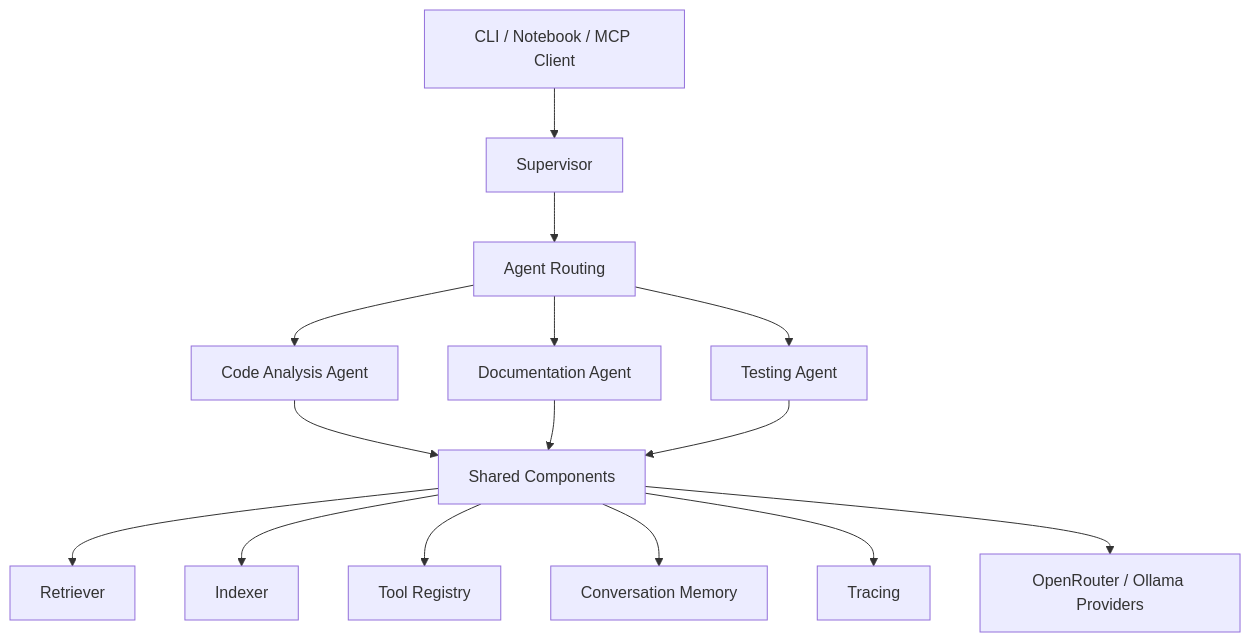
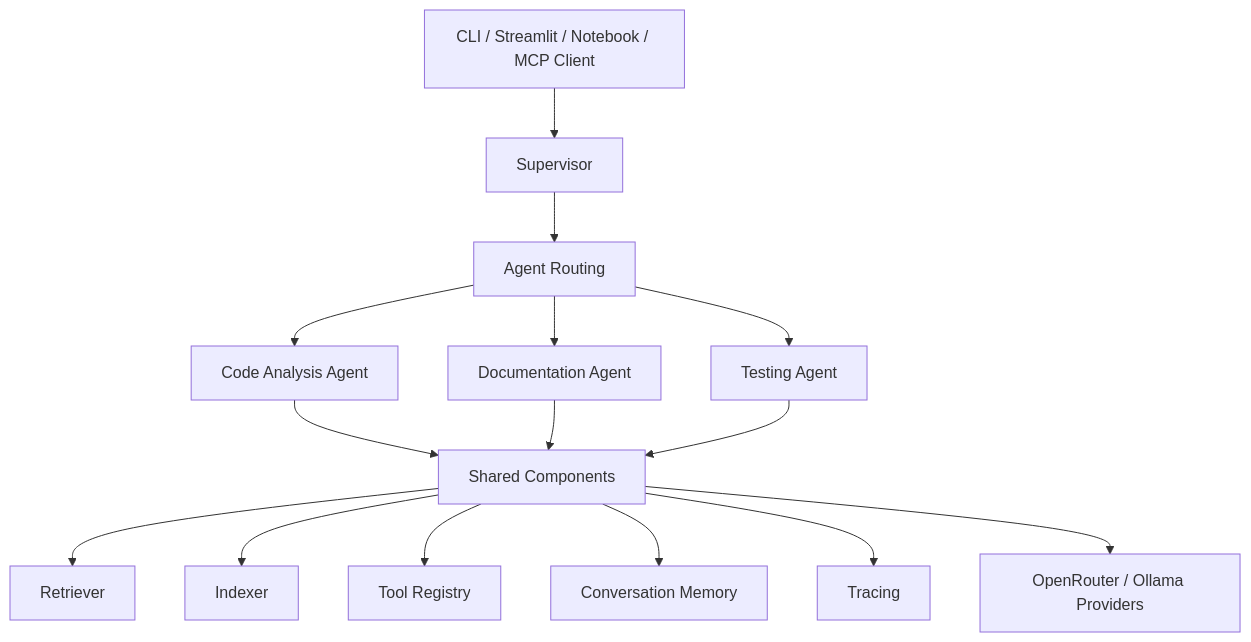
One commit to Huzaifa859/AgenticAI-Intern-Huzaifa-Saboor- changed the first of 3 diagrams in Project/README.md. Above: the diagram before and after it, drawn with Mermaid. The commit also changed other lines of this file and 8 other files, not shown here.

````diff
--- a/Project/README.md
+++ b/Project/README.md
@@ -63,18 +64,18 @@
 ```mermaid
 flowchart TD
-    CLI[CLI / Notebook / MCP Client]
+    CLI[CLI / Streamlit / Notebook / MCP Client]
     CLI --> Supervisor[Supervisor]
     Supervisor --> Routing[Agent Routing]
     Routing --> CAA[Code Analysis Agent]
     Routing --> DA[Documentation Agent]
     Routing --> TA[Testing Agent]
     CAA --> Shared[Shared Components]
     DA --> Shared
     TA --> Shared
     Shared --> Retriever[Retriever]
     Shared --> Indexer[Indexer]
     Shared --> Registry[Tool Registry]
     Shared --> Memory[Conversation Memory]
     Shared --> Tracer[Tracing]
     Shared --> Providers[OpenRouter / Ollama Providers]
 ```
````
